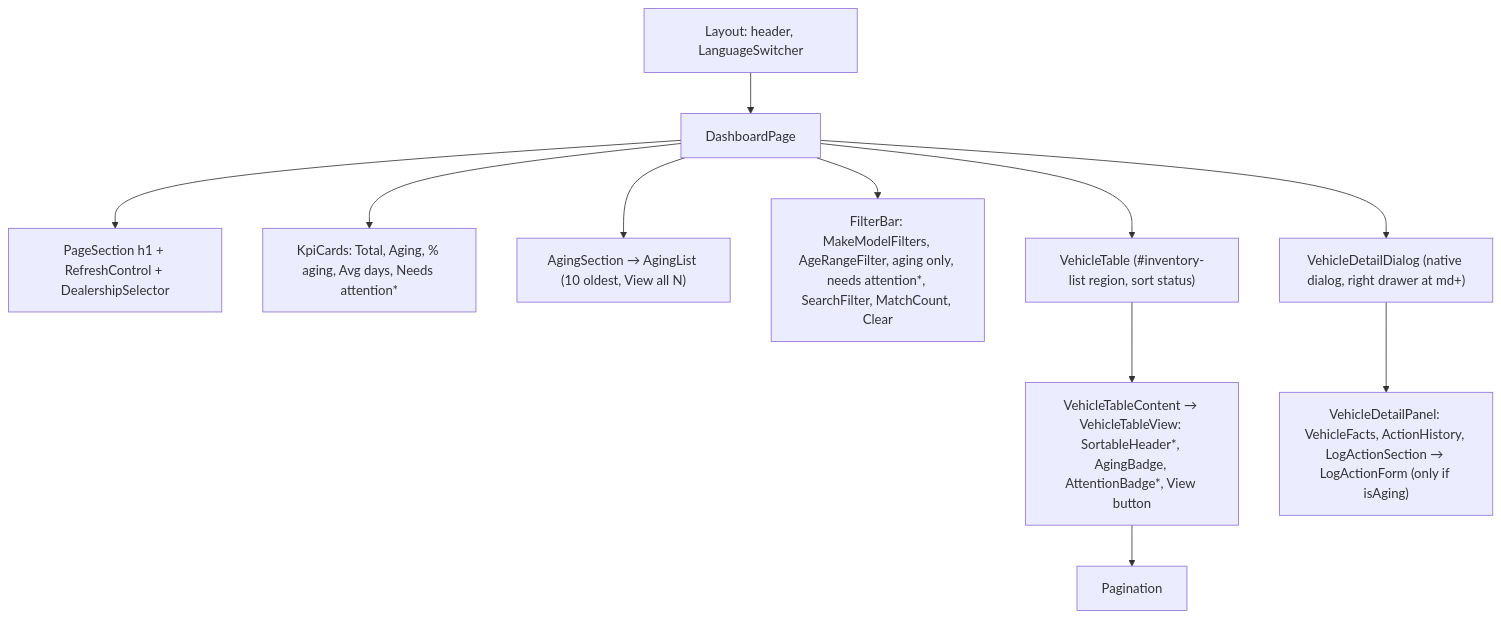
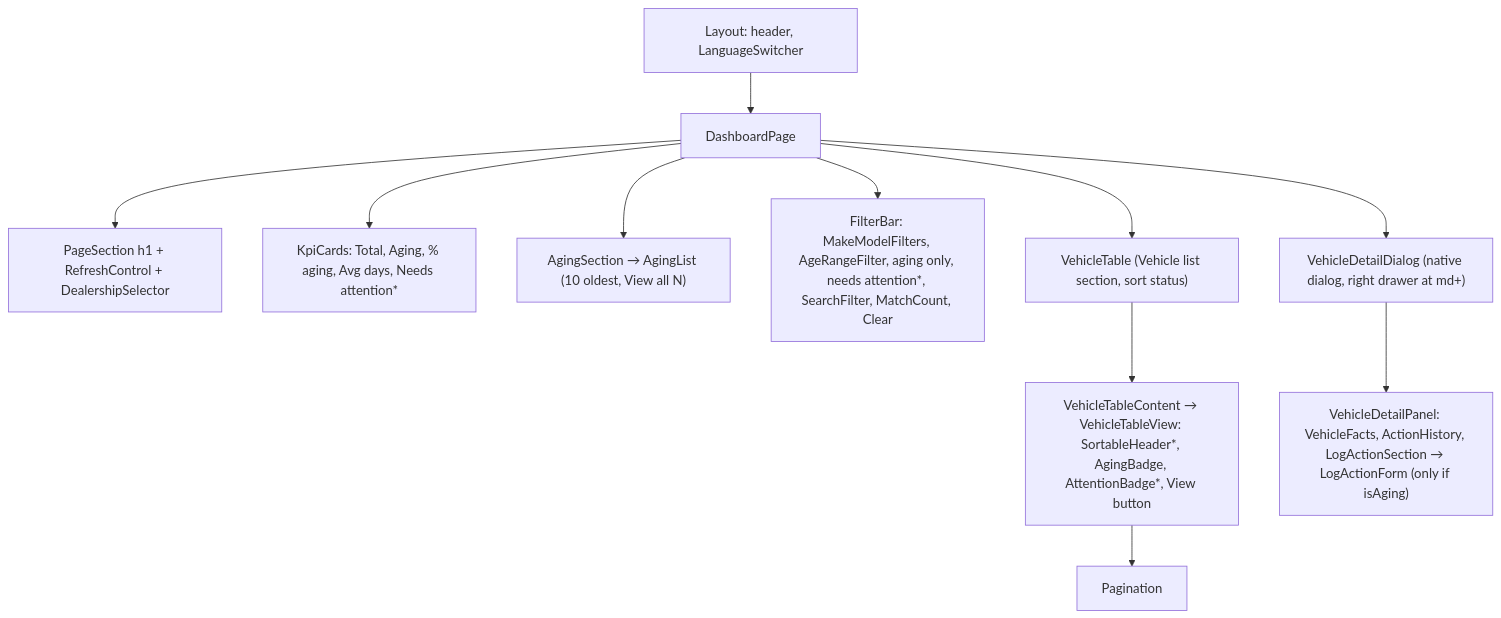
The third of 5 diagrams in docs/SYSTEM_DESIGN.md (huyvk92/keyloop-assignment), drawn with Mermaid before and after one commit. The commit also changed other lines of this file and 59 other files, not shown here.

````diff
--- a/docs/SYSTEM_DESIGN.md
+++ b/docs/SYSTEM_DESIGN.md
@@ -258,13 +258,13 @@
 ```mermaid
 flowchart TD
   Layout["Layout: header, LanguageSwitcher"] --> DashboardPage
   DashboardPage --> Header["PageSection h1 + RefreshControl + DealershipSelector"]
   DashboardPage --> KpiCards["KpiCards: Total, Aging, % aging, Avg days, Needs attention*"]
   DashboardPage --> AgingSection["AgingSection → AgingList (10 oldest, View all N)"]
   DashboardPage --> FilterBar["FilterBar: MakeModelFilters, AgeRangeFilter, aging only, needs attention*, SearchFilter, MatchCount, Clear"]
-  DashboardPage --> VehicleTable["VehicleTable (#inventory-list region, sort status)"]
+  DashboardPage --> VehicleTable["VehicleTable (Vehicle list section, sort status)"]
   VehicleTable --> Content["VehicleTableContent → VehicleTableView: SortableHeader*, AgingBadge, AttentionBadge*, View button"]
   Content --> Pagination
   DashboardPage --> Dialog["VehicleDetailDialog (native dialog, right drawer at md+)"]
   Dialog --> Panel["VehicleDetailPanel: VehicleFacts, ActionHistory, LogActionSection → LogActionForm (only if isAging)"]
 ```
````
